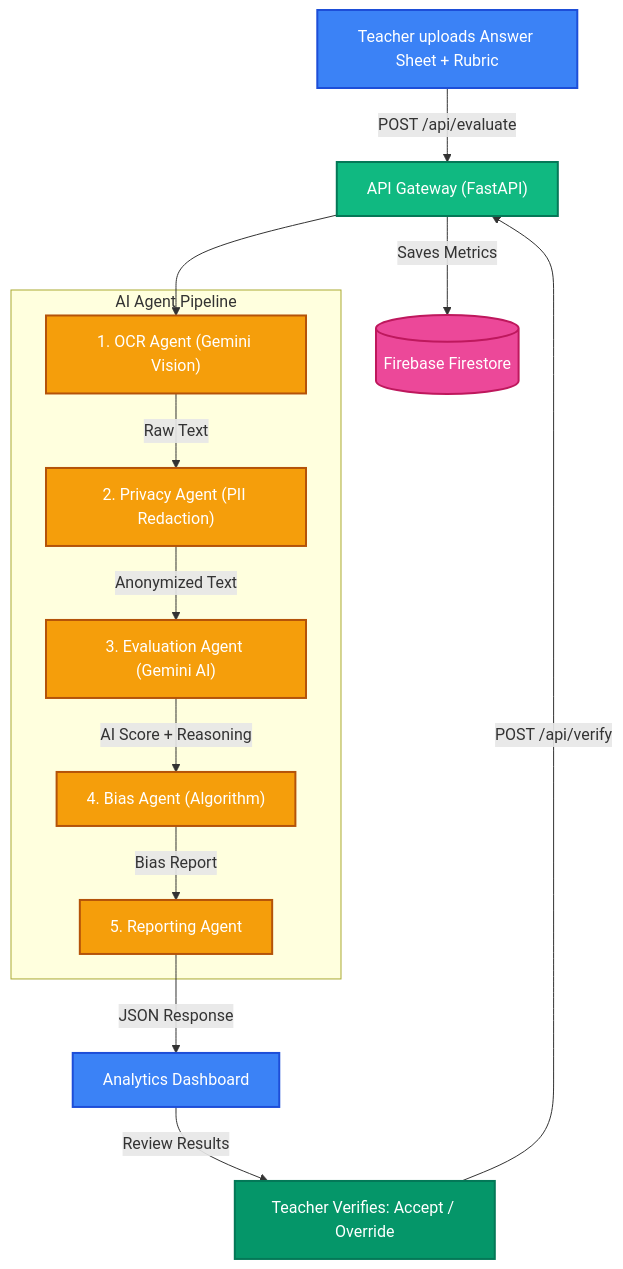
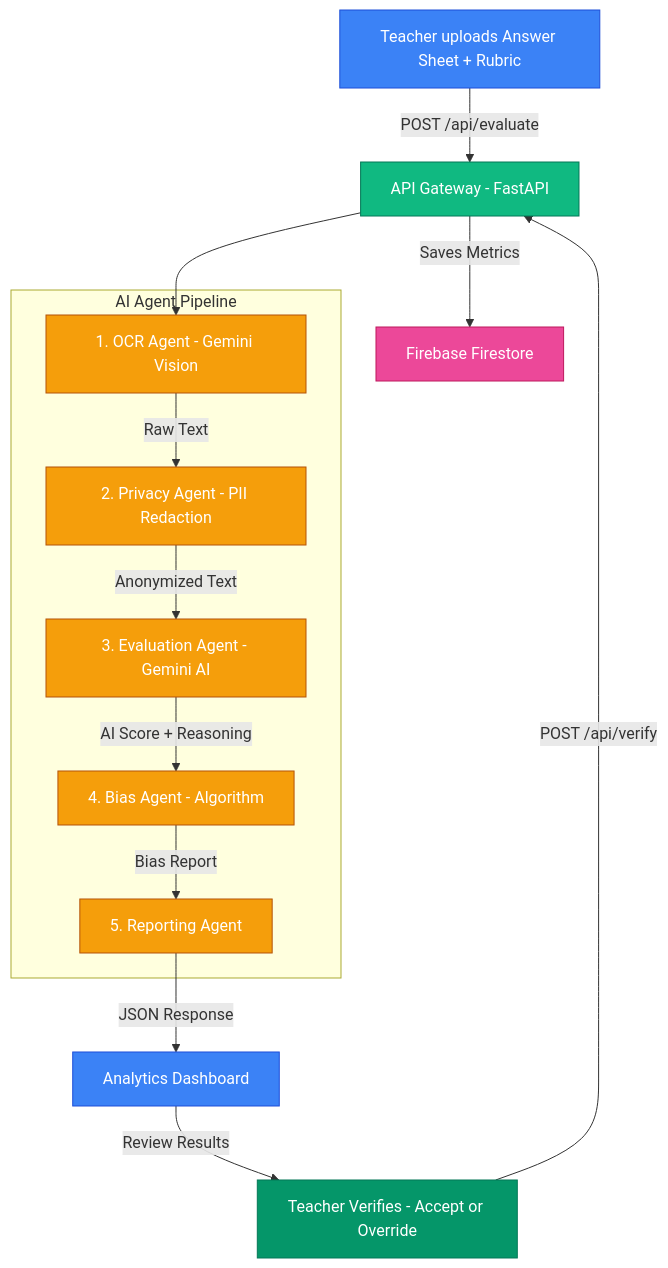
The diagram in README.md (Yashasm18/Fair-Grade), drawn with Mermaid before and after one commit.

Commit message:
merge: resolve readme conflict with remote mermaid fix

````diff
--- a/README.md
+++ b/README.md
@@ -119,34 +119,33 @@
 ```mermaid
 graph TD
-    classDef frontend fill:#3b82f6,stroke:#1d4ed8,stroke-width:2px,color:#fff;
-    classDef backend fill:#10b981,stroke:#047857,stroke-width:2px,color:#fff;
-    classDef agents fill:#f59e0b,stroke:#b45309,stroke-width:2px,color:#fff;
-    classDef database fill:#ec4899,stroke:#be185d,stroke-width:2px,color:#fff;
-    classDef hitl fill:#059669,stroke:#047857,stroke-width:2px,color:#fff;
+    A[Teacher uploads Answer Sheet + Rubric] --> |POST /api/evaluate| C[API Gateway - FastAPI]
 
-    A["Teacher uploads Answer Sheet + Rubric"]:::frontend
-    B["Analytics Dashboard"]:::frontend
-    C["API Gateway (FastAPI)"]:::backend
-
-        subgraph "AI Agent Pipeline"
-        D["1. OCR Agent (Gemini Vision)"]:::agents
-        E["2. Privacy Agent (PII Redaction)"]:::agents
-        F["3. Evaluation Agent (Gemini AI)"]:::agents
-        G["4. Bias Agent (Algorithm)"]:::agents
-        H["5. Reporting Agent"]:::agents
+    subgraph AI Agent Pipeline
+        D[1. OCR Agent - Gemini Vision]
+        E[2. Privacy Agent - PII Redaction]
+        F[3. Evaluation Agent - Gemini AI]
+        G[4. Bias Agent - Algorithm]
+        H[5. Reporting Agent]
     end
 
-        I[(Firebase Firestore)]:::database
-    J["Teacher Verifies: Accept / Override"]:::hitl
+    C --> D
+    D --> |Raw Text| E
+    E --> |Anonymized Text| F
+    F --> |AI Score + Reasoning| G
+    G --> |Bias Report| H
+    H --> |JSON Response| B[Analytics Dashboard]
+    B --> |Review Results| J[Teacher Verifies - Accept or Override]
+    J --> |POST /api/verify| C
+    C --> |Saves Metrics| I[Firebase Firestore]
 
-    A -->|"POST /api/evaluate"| C
-    C --> D
-    D -->|"Raw Text"| E
-    E -->|"Anonymized Text"| F
-    F -->|"AI Score + Reasoning"| G
-    G -->|"Bias Report"| H
-    H -->|"JSON Response"| B
-    B -->|"Review Results"| J
-    J -->|"POST /api/verify"| C
-    C -->|"Saves Metrics"| I
+    style A fill:#3b82f6,stroke:#1d4ed8,color:#fff
+    style B fill:#3b82f6,stroke:#1d4ed8,color:#fff
+    style C fill:#10b981,stroke:#047857,color:#fff
+    style D fill:#f59e0b,stroke:#b45309,color:#fff
+    style E fill:#f59e0b,stroke:#b45309,color:#fff
+    style F fill:#f59e0b,stroke:#b45309,color:#fff
+    style G fill:#f59e0b,stroke:#b45309,color:#fff
+    style H fill:#f59e0b,stroke:#b45309,color:#fff
+    style I fill:#ec4899,stroke:#be185d,color:#fff
+    style J fill:#059669,stroke:#047857,color:#fff
 ```
````
